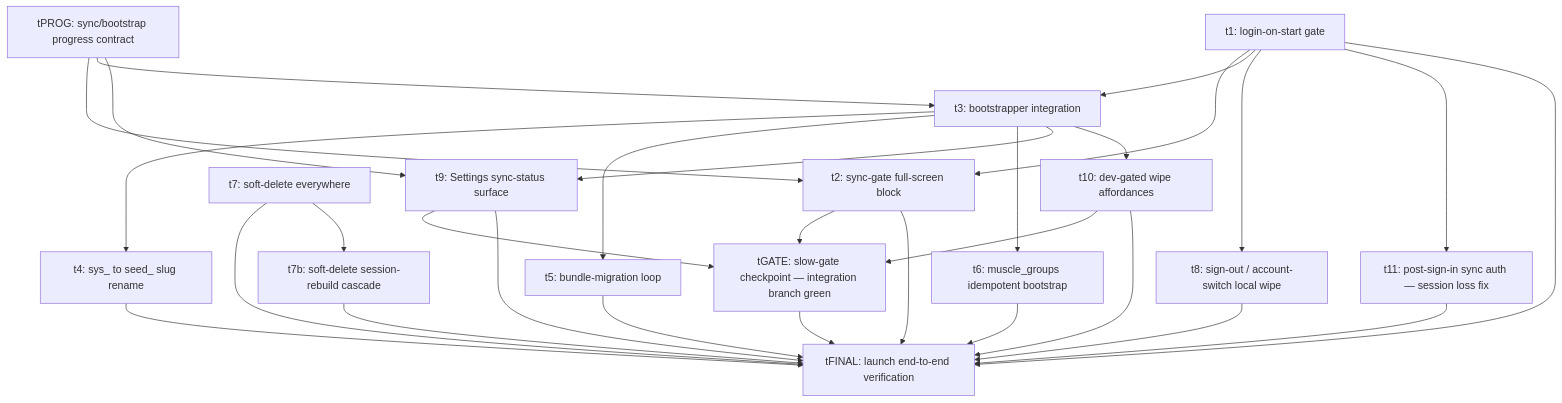
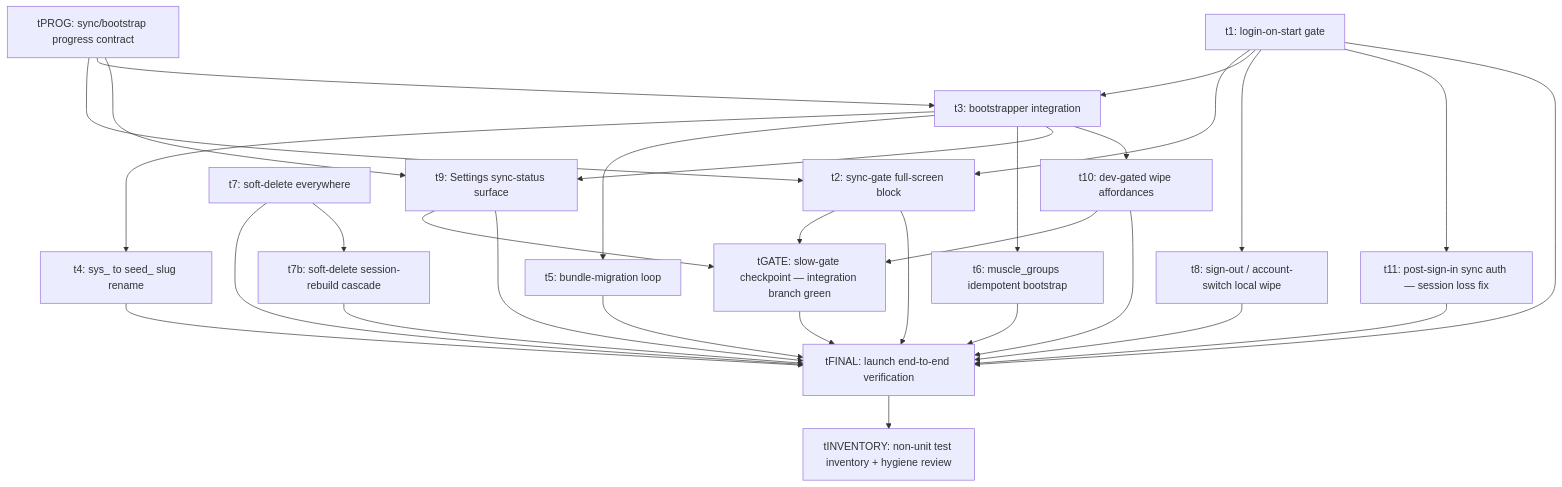
Before and after one commit to Brotherhood-of-Ghisa/BOGA3: the diagram in docs/plans/sync-v2-launch/plan.md, drawn with Mermaid. The commit also changed other lines of this file and 2 other files, not shown here.

Commit message:
chore(sync-v2-launch): iter-24 — t2/t10 merged; #129 real gate bug; per-change slow-gate triggers (#130 + plugin); add tINVENTORY closure task

````diff
--- a/docs/plans/sync-v2-launch/plan.md
+++ b/docs/plans/sync-v2-launch/plan.md
@@ -116,49 +116,51 @@
 ```mermaid
 graph TD
   tPROG[tPROG: sync/bootstrap progress contract]
   t1[t1: login-on-start gate]
   t2[t2: sync-gate full-screen block]
   t3[t3: bootstrapper integration]
   t4[t4: sys_ to seed_ slug rename]
   t5[t5: bundle-migration loop]
   t6[t6: muscle_groups idempotent bootstrap]
   t7[t7: soft-delete everywhere]
   t7b[t7b: soft-delete session-rebuild cascade]
   t8[t8: sign-out / account-switch local wipe]
   t9[t9: Settings sync-status surface]
   t10[t10: dev-gated wipe affordances]
   t11[t11: post-sign-in sync auth — session loss fix]
   tGATE[tGATE: slow-gate checkpoint — integration branch green]
   tFINAL[tFINAL: launch end-to-end verification]
+  tINVENTORY[tINVENTORY: non-unit test inventory + hygiene review]
 
   tPROG --> t2
   tPROG --> t3
   tPROG --> t9
 
   t1 --> t2
   t1 --> t3
   t1 --> t8
   t3 --> t4
   t3 --> t5
   t3 --> t6
   t3 --> t9
   t3 --> t10
 
   t1 --> t11
   t11 --> tFINAL
   t2 --> tGATE
   t9 --> tGATE
   t10 --> tGATE
   tGATE --> tFINAL
+  tFINAL --> tINVENTORY
   t1 --> tFINAL
   t2 --> tFINAL
   t4 --> tFINAL
   t5 --> tFINAL
   t6 --> tFINAL
   t7 --> tFINAL
   t7 --> t7b
   t7b --> tFINAL
   t8 --> tFINAL
   t9 --> tFINAL
   t10 --> tFINAL
 ```
````
